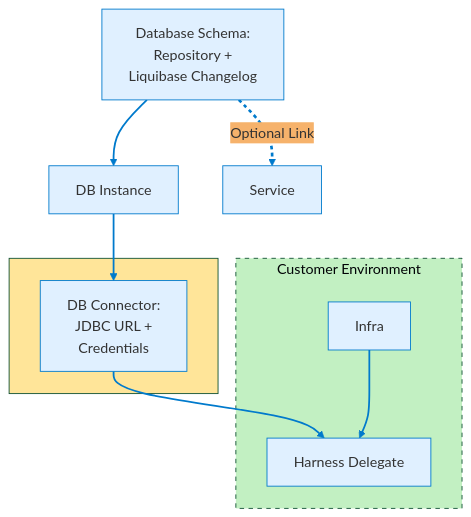
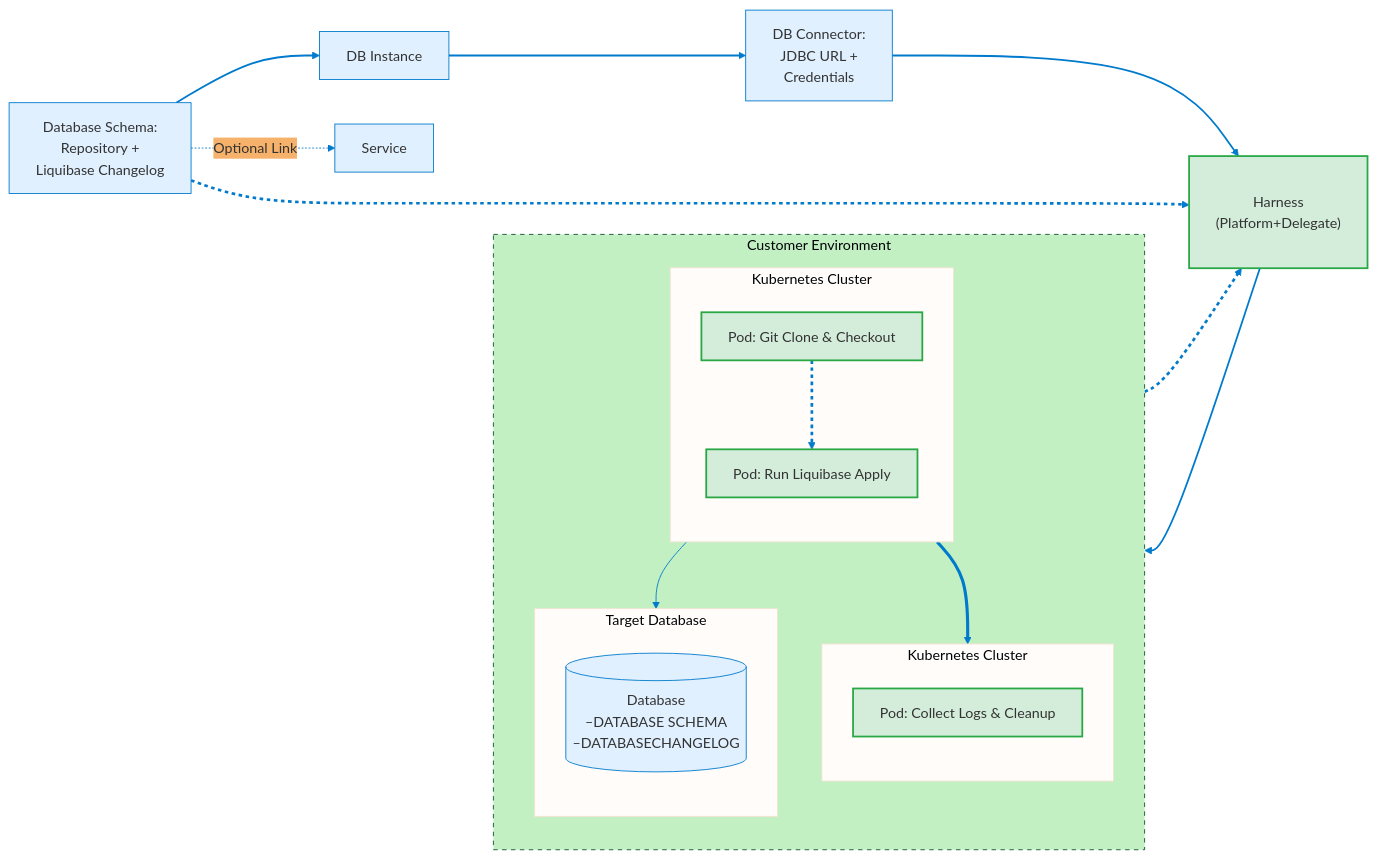
Before and after one commit to harness/developer-hub: the diagram in docs/database-devops/concepts-and-features/key-concepts.md, drawn with Mermaid.

Commit message:
feat: update diagram

````diff
--- a/docs/database-devops/concepts-and-features/key-concepts.md
+++ b/docs/database-devops/concepts-and-features/key-concepts.md
@@ -18,45 +18,68 @@
 ```mermaid
 %%{ init: {
   "theme": "base",
   "themeVariables": {
     "primaryColor": "#e0f0ff",
     "primaryBorderColor": "#007acc",
     "lineColor": "#007acc",
     "fontSize": "16px",
     "fontFamily": "Arial",
     "edgeLabelBackground":"#f6b26b"
   }
 } }%%
-flowchart TD
+flowchart LR
     A[Database Schema:<br>Repository +<br>Liquibase Changelog]
     B[DB Instance]
     C[DB Connector:<br>JDBC URL +<br>Credentials]
-    D[Harness Delegate]
+    D["<br>Harness<br> #0040;Platform+Delegate#0041;<br><br>"]
     E[Service]
-    F[Infra]
 
     A --> B
     B --> C
     C --> D
-    F --> D
+    D --> Conceptual_Box
+    A --> D
 
     A -. Optional Link .-> E
-    subgraph Harness_Box[" "]
-        C
-    end  
     subgraph Conceptual_Box["Customer Environment"]
-        D
-        F
+    direction TB
+        K8S
+        DB
+        PODS
     end
+    subgraph K8S["Kubernetes Cluster"]
+    direction TB
+        C1["Pod: Git Clone & Checkout"]
+        C2["Pod: Run Liquibase Apply"]
+        DB["DB"]
+    end
+    subgraph PODS["Kubernetes Cluster"]
+    direction TB
+        C3["Pod: Collect Logs & Cleanup"]
+    end
+    subgraph DB["Target Database"]
+      direction TB
+          D1[("Database<br>–DATABASE SCHEMA<br>–DATABASECHANGELOG<br>")]
+    end
+    
+    C1 --> C2
+    C2 ==> C3
+    C2 --> DB
+    DB --> D
 
     style Conceptual_Box stroke-dasharray: 5 5
     style Conceptual_Box fill:#c2f0c2,stroke:#0f5132
-    style Harness_Box fill:#ffe599,stroke:#0f5132
-
+    style C1 fill:#d4edda,stroke:#28a745,stroke-width:2px
+    style C2 fill:#d4edda,stroke:#28a745,stroke-width:2px
+    style C3 fill:#d4edda,stroke:#28a745,stroke-width:2px
+    style D fill:#d4edda,stroke:#28a745,stroke-width:2px
 
     linkStyle 0 stroke-width:2px
     linkStyle 1 stroke-width:2px
     linkStyle 2 stroke-width:2px
     linkStyle 3 stroke-width:2px
     linkStyle 4 stroke-width:3px,stroke-dasharray: 4 4
+    linkStyle 6 stroke-width:3px,stroke-dasharray: 4 4
+    linkStyle 9 stroke-width:3px,stroke-dasharray: 4 4
+
 ```
````
